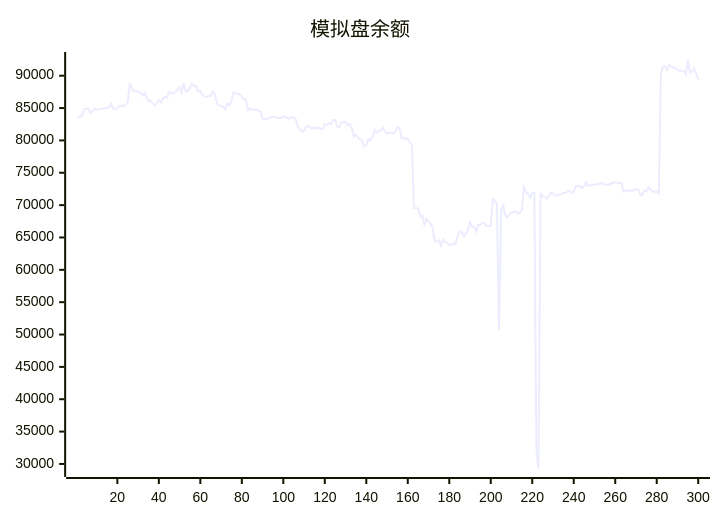
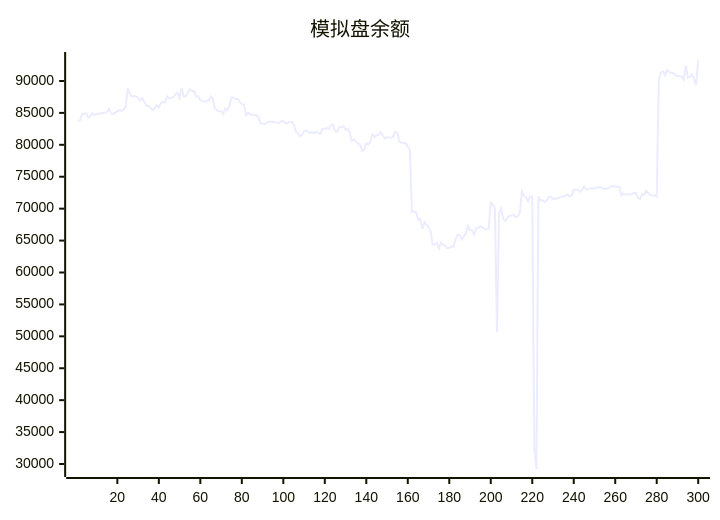
One commit to aahl/ai-trading changed the diagram in README.md. Above: the diagram before and after it, drawn with Mermaid. The commit also changed other lines of this file and 1 other file, not shown here.

````diff
--- a/README.md
+++ b/README.md
@@ -5,5 +5,5 @@
 ```mermaid
 xychart
     title "模拟盘余额"
-    line [83378,83710,83825,84819,84854,84917,84265,84527,84919,84668,84834,84850,84916,84981,85004,85131,85674,84891,84864,85019,85284,85393,85294,85538,85894,88904,88012,87567,87625,87568,87386,86920,87313,86737,86094,86143,85725,85437,85787,86219,85859,86526,86740,86630,87563,87264,87335,87483,87886,88180,87335,88894,87544,87608,88207,88755,88401,88444,87543,87608,87000,86810,86740,86894,86884,87576,87209,85686,85435,85251,85255,84820,85689,85453,86066,87420,87373,87161,87178,86740,86341,86315,84643,85012,84772,84768,84690,84635,84376,83360,83357,83259,83474,83608,83606,83602,83548,83440,83454,83724,83644,83464,83365,83590,83592,83275,82072,81806,81344,81492,82109,82254,82006,81848,81955,81829,82022,81769,81776,82522,82441,82656,82498,83144,83144,82150,82038,82797,82763,82872,82367,82536,81981,80612,80862,80484,80242,80034,79063,79245,80226,80016,80507,81625,81233,81544,81578,82016,81401,81019,81186,81130,81118,81306,82066,81909,80392,80304,80291,80258,79729,79261,69466,69579,69456,68251,68415,66832,67911,67462,67144,66432,64380,64375,64606,63740,64647,64324,64216,63842,63877,64078,64008,65156,65945,65888,65157,65625,66144,67284,66653,66639,65924,66925,66956,67263,67108,66766,66729,66886,70927,70673,70049,50652,69334,69973,68400,68061,68578,68876,68879,69055,68662,68822,69329,72687,71999,71760,71162,71911,71896,32500,29218,71927,71297,71305,71044,71337,71883,71822,71536,71536,71622,71723,71880,71860,72100,72216,71887,72077,72940,72976,72966,72638,72948,73497,73004,73041,73173,73160,73186,73258,73375,73351,73173,73098,73161,73305,73474,73536,73457,73413,73412,72100,72333,72164,72272,72204,72285,72461,72421,71652,71521,72267,72157,72774,72424,72144,72060,72091,71858,90185,91338,91466,90900,91678,91404,91268,91244,90903,90779,90787,90721,90187,92429,90518,90619,91070,90328,89376]
+    line [83710,83825,84819,84854,84917,84265,84527,84919,84668,84834,84850,84916,84981,85004,85131,85674,84891,84864,85019,85284,85393,85294,85538,85894,88904,88012,87567,87625,87568,87386,86920,87313,86737,86094,86143,85725,85437,85787,86219,85859,86526,86740,86630,87563,87264,87335,87483,87886,88180,87335,88894,87544,87608,88207,88755,88401,88444,87543,87608,87000,86810,86740,86894,86884,87576,87209,85686,85435,85251,85255,84820,85689,85453,86066,87420,87373,87161,87178,86740,86341,86315,84643,85012,84772,84768,84690,84635,84376,83360,83357,83259,83474,83608,83606,83602,83548,83440,83454,83724,83644,83464,83365,83590,83592,83275,82072,81806,81344,81492,82109,82254,82006,81848,81955,81829,82022,81769,81776,82522,82441,82656,82498,83144,83144,82150,82038,82797,82763,82872,82367,82536,81981,80612,80862,80484,80242,80034,79063,79245,80226,80016,80507,81625,81233,81544,81578,82016,81401,81019,81186,81130,81118,81306,82066,81909,80392,80304,80291,80258,79729,79261,69466,69579,69456,68251,68415,66832,67911,67462,67144,66432,64380,64375,64606,63740,64647,64324,64216,63842,63877,64078,64008,65156,65945,65888,65157,65625,66144,67284,66653,66639,65924,66925,66956,67263,67108,66766,66729,66886,70927,70673,70049,50652,69334,69973,68400,68061,68578,68876,68879,69055,68662,68822,69329,72687,71999,71760,71162,71911,71896,32500,29218,71927,71297,71305,71044,71337,71883,71822,71536,71536,71622,71723,71880,71860,72100,72216,71887,72077,72940,72976,72966,72638,72948,73497,73004,73041,73173,73160,73186,73258,73375,73351,73173,73098,73161,73305,73474,73536,73457,73413,73412,72100,72333,72164,72272,72204,72285,72461,72421,71652,71521,72267,72157,72774,72424,72144,72060,72091,71858,90185,91338,91466,90900,91678,91404,91268,91244,90903,90779,90787,90721,90187,92429,90518,90619,91070,90328,89376,93286]
 ```
````
